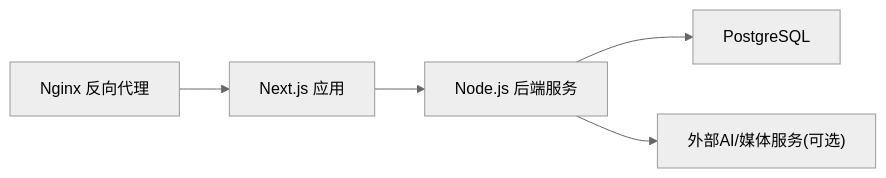
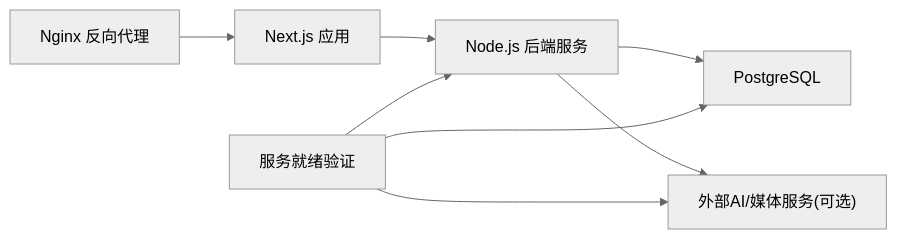
Before and after one commit to scottcwy/PurpleInk: the third of 3 diagrams in .qoder/repowiki/zh/content/部署指南/部署指南.md, drawn with Mermaid (neutral theme). The commit also changed other lines of this file and 48 other files, not shown here.

````diff
--- a/.qoder/repowiki/zh/content/部署指南/部署指南.md
+++ b/.qoder/repowiki/zh/content/部署指南/部署指南.md
@@ -240,7 +276,10 @@
 ```mermaid
 graph LR
 NGINX["Nginx 反向代理"] --> NEXT["Next.js 应用"]
 NEXT --> SERVER["Node.js 后端服务"]
 SERVER --> PG["PostgreSQL"]
 SERVER --> EXT["外部AI/媒体服务(可选)"]
+VERIFY["服务就绪验证"] --> SERVER
+VERIFY --> PG
+VERIFY --> EXT
 ```
````
